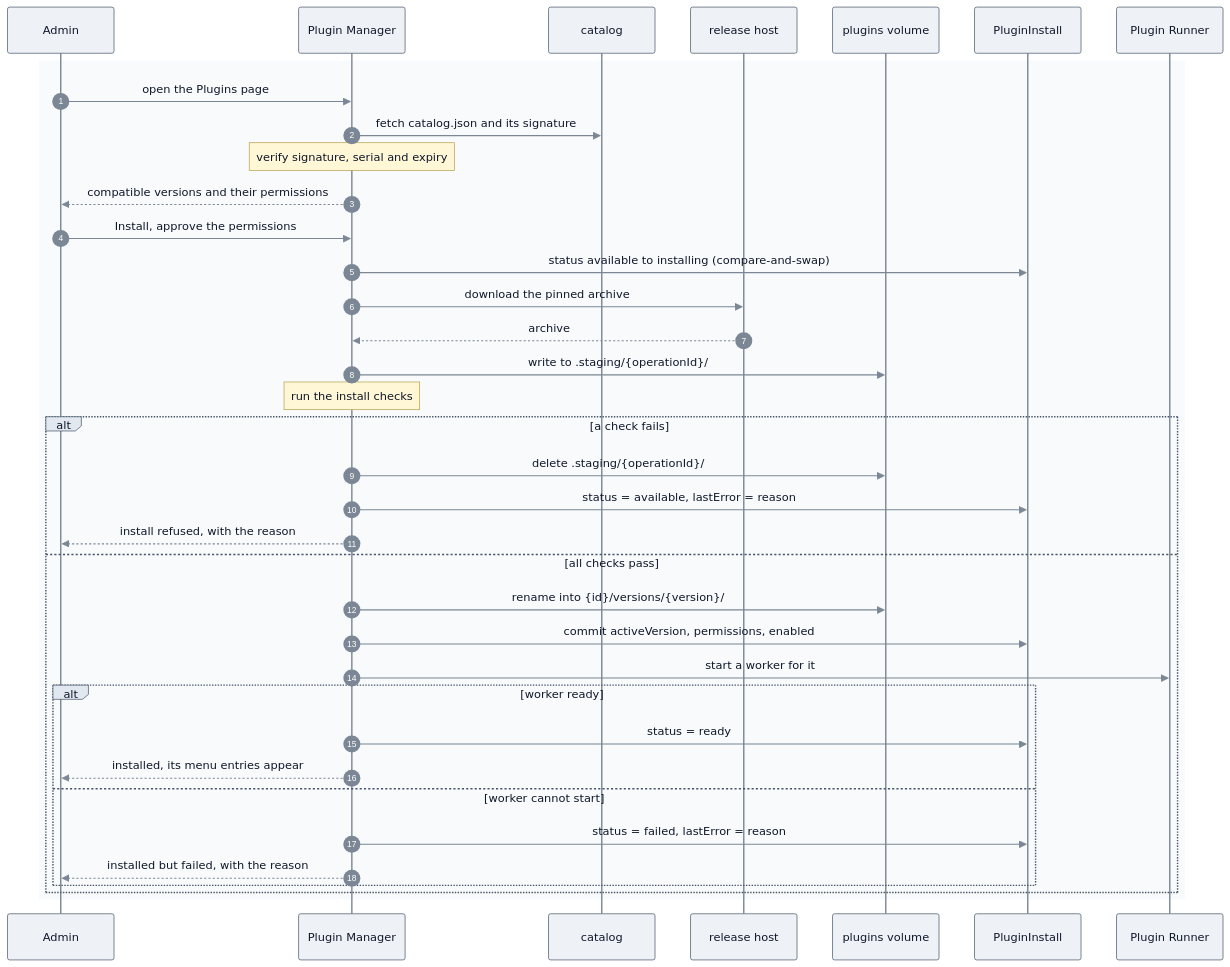
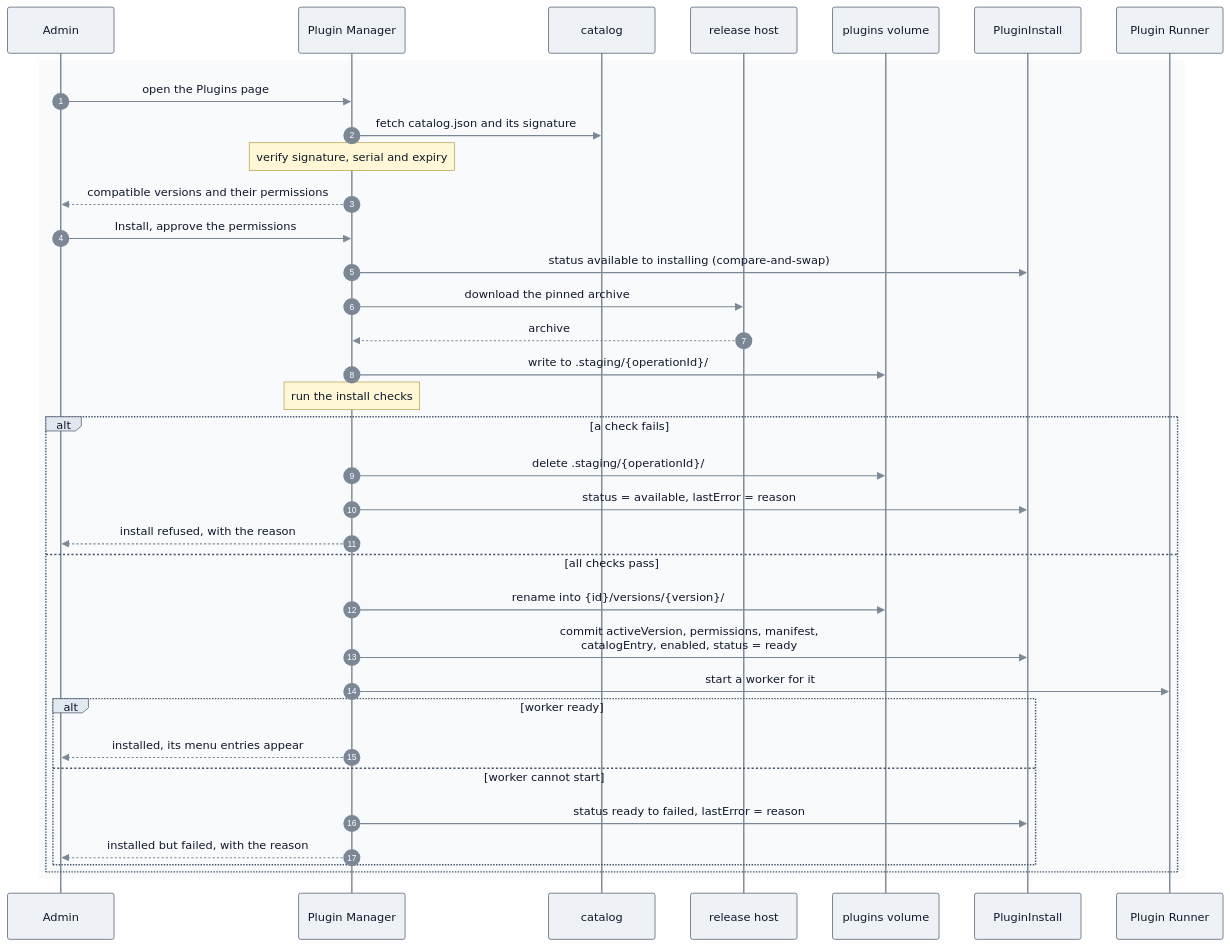
One commit to EntroVyx/redamon changed diagram 11 of 15 in docs/readmes/README.PLUGINS.md. Above: the diagram before and after it, drawn with Mermaid. The commit also changed other lines of this file, not shown here.

First line of the commit message:
docs(plugins): commit the long-pending design additions to README.PLUGINS.md

````diff
--- a/docs/readmes/README.PLUGINS.md
+++ b/docs/readmes/README.PLUGINS.md
@@ -902,41 +1176,40 @@
 ```mermaid
 %%{init: {"theme": "base", "themeVariables": {"primaryColor": "#EEF2F7", "primaryTextColor": "#0F172A", "primaryBorderColor": "#475569", "secondaryColor": "#E2E8F0", "tertiaryColor": "#F8FAFC", "lineColor": "#7B8794", "textColor": "#0F172A", "clusterBkg": "#F8FAFC", "clusterBorder": "#94A3B8", "titleColor": "#0F172A", "edgeLabelBackground": "#FFFFFF", "relationLabelBackground": "#FFFFFF", "relationLabelColor": "#0F172A", "attributeBackgroundColorOdd": "#FFFFFF", "attributeBackgroundColorEven": "#F8FAFC", "actorBkg": "#EEF2F7", "actorBorder": "#475569", "actorTextColor": "#0F172A", "actorLineColor": "#7B8794", "signalColor": "#7B8794", "signalTextColor": "#0F172A", "labelBoxBkgColor": "#E2E8F0", "labelBoxBorderColor": "#475569", "labelTextColor": "#0F172A", "loopTextColor": "#0F172A", "noteBkgColor": "#FFF7D6", "noteTextColor": "#0F172A", "noteBorderColor": "#B7A24A", "sequenceNumberColor": "#FFFFFF"}}}%%
 sequenceDiagram
     autonumber
     participant AD as Admin
     participant PM as Plugin Manager
     participant CAT as catalog
     participant REL as release host
     participant VOL as plugins volume
     participant DB as PluginInstall
     participant RUN as Plugin Runner
 
     rect rgb(248, 250, 252)
     AD->>PM: open the Plugins page
     PM->>CAT: fetch catalog.json and its signature
     Note over PM: verify signature, serial and expiry
     PM-->>AD: compatible versions and their permissions
     AD->>PM: Install, approve the permissions
     PM->>DB: status available to installing (compare-and-swap)
     PM->>REL: download the pinned archive
     REL-->>PM: archive
     PM->>VOL: write to .staging/{operationId}/
     Note over PM: run the install checks
     alt a check fails
         PM->>VOL: delete .staging/{operationId}/
         PM->>DB: status = available, lastError = reason
         PM-->>AD: install refused, with the reason
     else all checks pass
         PM->>VOL: rename into {id}/versions/{version}/
-        PM->>DB: commit activeVersion, permissions, enabled
+        PM->>DB: commit activeVersion, permissions, manifest,<br/>catalogEntry, enabled, status = ready
         PM->>RUN: start a worker for it
         alt worker ready
-            PM->>DB: status = ready
             PM-->>AD: installed, its menu entries appear
         else worker cannot start
-            PM->>DB: status = failed, lastError = reason
+            PM->>DB: status ready to failed, lastError = reason
             PM-->>AD: installed but failed, with the reason
         end
     end
     end
 ```
````
